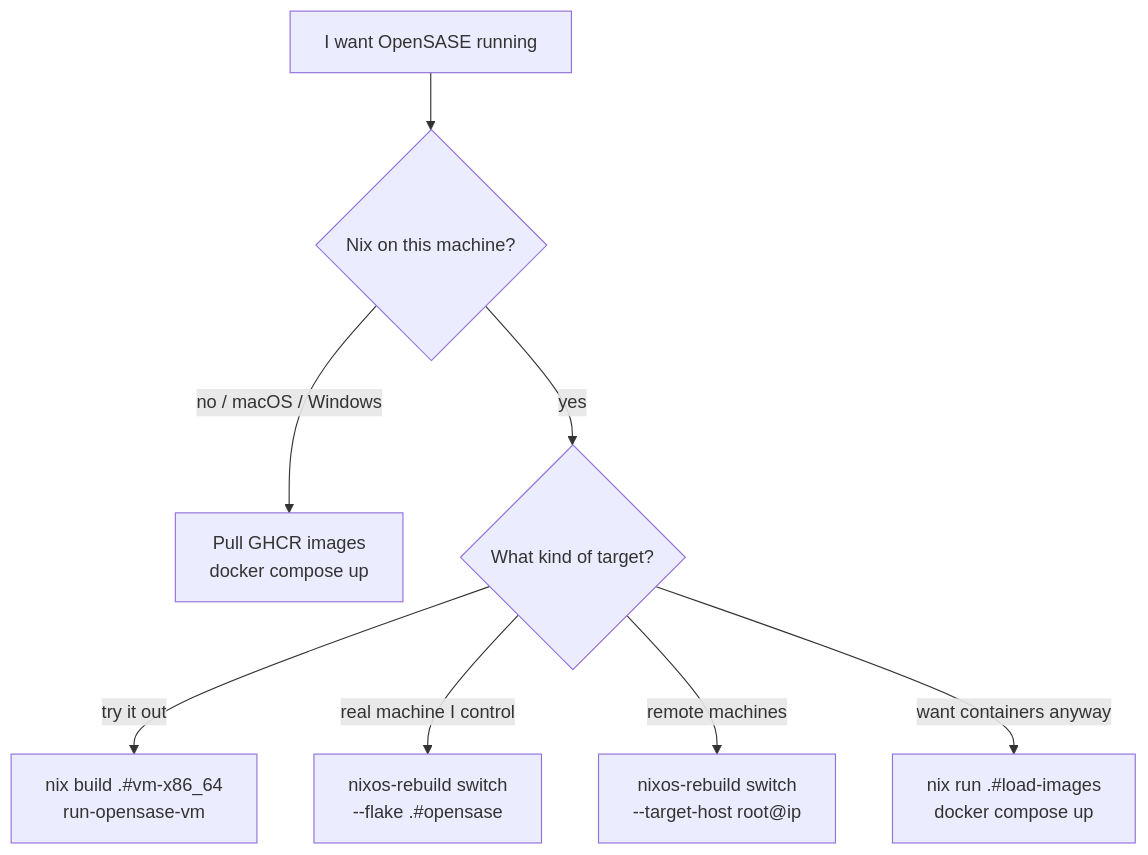
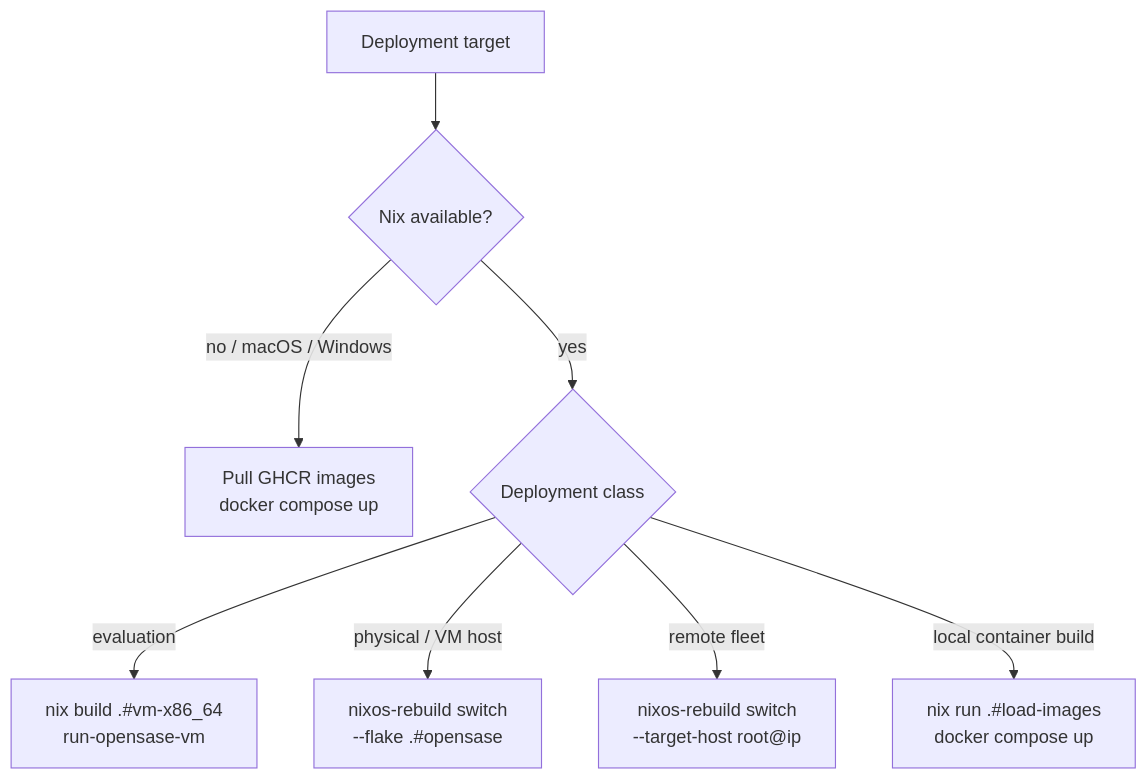
The diagram in docs/deployment.qmd (shsingh/opensase), drawn with Mermaid before and after one commit. The commit also changed other lines of this file and 5 other files, not shown here.

````diff
--- a/docs/deployment.qmd
+++ b/docs/deployment.qmd
@@ -7,10 +7,10 @@
 ```{mermaid}
 flowchart TD
-    start["I want OpenSASE running"] --> q{"Nix on this machine?"}
+    start["Deployment target"] --> q{"Nix available?"}
     q -- "no / macOS / Windows" --> ghcr["Pull GHCR images<br/>docker compose up"]
-    q -- "yes" --> nix{"What kind of target?"}
-    nix -- "try it out" --> vm["nix build .#vm-x86_64<br/>run-opensase-vm"]
-    nix -- "real machine I control" --> rebuild["nixos-rebuild switch<br/>--flake .#opensase"]
-    nix -- "remote machines" --> target["nixos-rebuild switch<br/>--target-host root@ip"]
-    nix -- "want containers anyway" --> local["nix run .#load-images<br/>docker compose up"]
+    q -- "yes" --> nix{"Deployment class"}
+    nix -- "evaluation" --> vm["nix build .#vm-x86_64<br/>run-opensase-vm"]
+    nix -- "physical / VM host" --> rebuild["nixos-rebuild switch<br/>--flake .#opensase"]
+    nix -- "remote fleet" --> target["nixos-rebuild switch<br/>--target-host root@ip"]
+    nix -- "local container build" --> local["nix run .#load-images<br/>docker compose up"]
 ```
````
